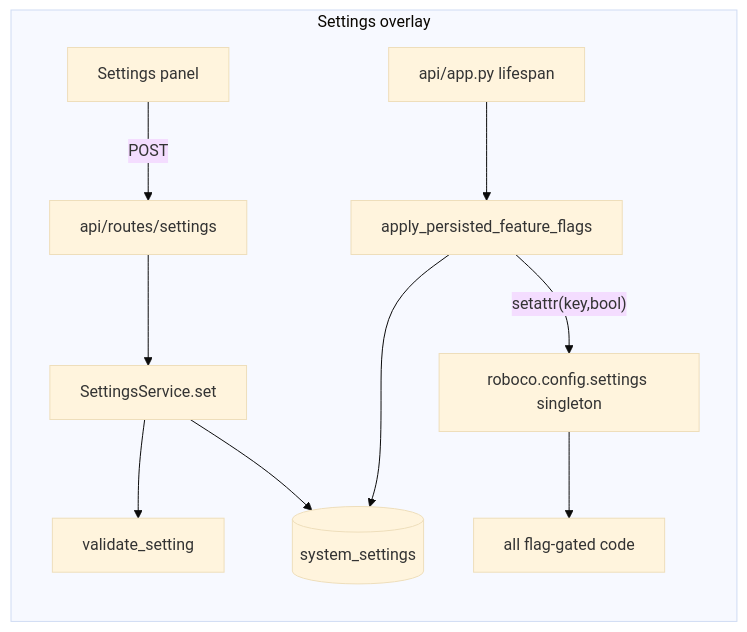
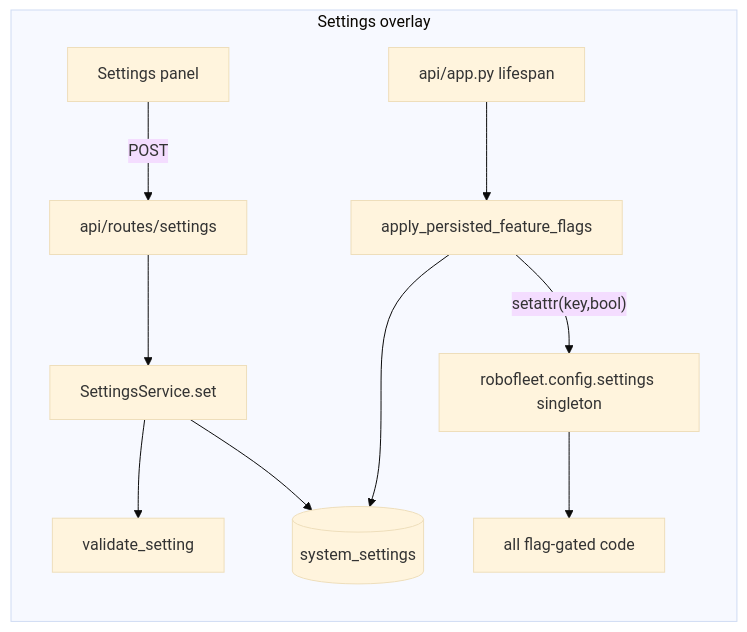
One commit to rennf93/robo-fleet changed the third of 3 diagrams in docs/map/support-services.md. Above: the diagram before and after it, drawn with Mermaid (base theme). The commit also changed other lines of this file and 169 other files, not shown here.

````diff
--- a/docs/map/support-services.md
+++ b/docs/map/support-services.md
@@ -170,13 +170,13 @@
 ```mermaid
 graph LR
   subgraph "Settings overlay"
     PANEL["Settings panel"] -->|POST| API["api/routes/settings"]
     API --> SS["SettingsService.set"]
     SS --> VALID["validate_setting"]
     SS --> DB[("system_settings")]
     LIFESPAN["api/app.py lifespan"] --> APPLY["apply_persisted_feature_flags"]
     APPLY --> DB
-    APPLY -->|"setattr(key,bool)"| CFG["roboco.config.settings singleton"]
+    APPLY -->|"setattr(key,bool)"| CFG["robofleet.config.settings singleton"]
     CFG --> CONSUMERS["all flag-gated code"]
   end
 ```
````
